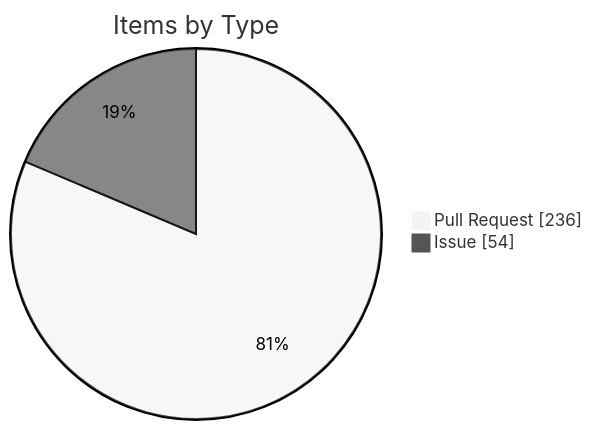
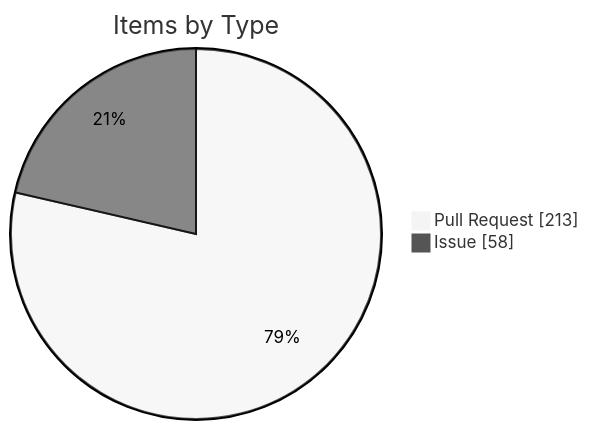
The fourth of 4 diagrams in apps/kbve/astro-kbve/src/content/docs/dashboard/kanban-data.mdx (KBVE/kbve), drawn with Mermaid (neutral theme) before and after one commit. The commit also changed other lines of this file and 8 other files, not shown here.

````diff
--- a/apps/kbve/astro-kbve/src/content/docs/dashboard/kanban-data.mdx
+++ b/apps/kbve/astro-kbve/src/content/docs/dashboard/kanban-data.mdx
@@ -116,6 +116,6 @@
 ```mermaid
 pie showData
     title Items by Type
-    "Pull Request" : 236
-    "Issue" : 54
+    "Pull Request" : 213
+    "Issue" : 58
 ```
````
